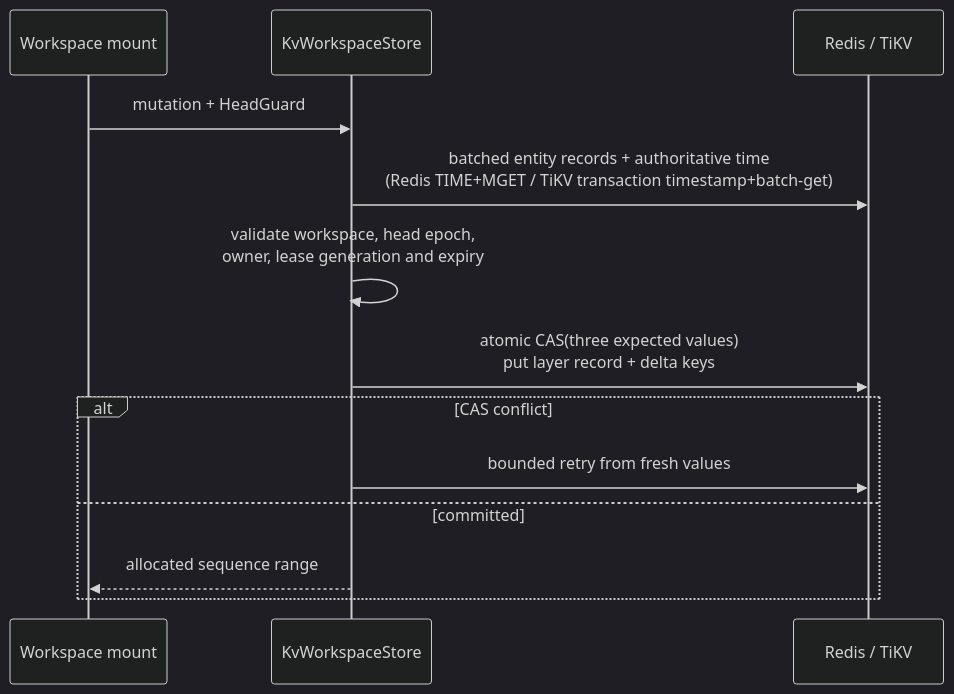
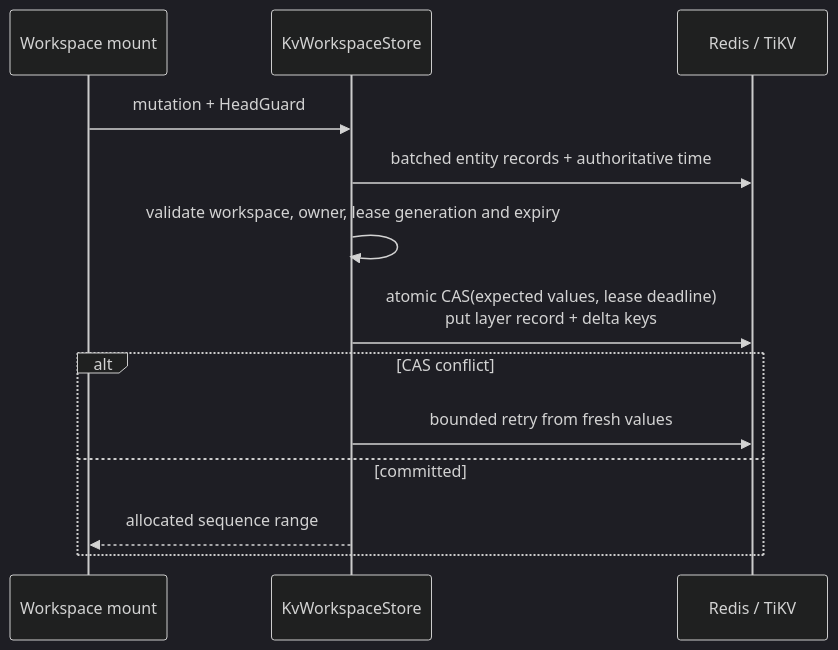
One commit to Ivanbeethoven/brewfs changed the third of 3 diagrams in doc/architecture/workspace-overlay.md. Above: the diagram before and after it, drawn with Mermaid (dark theme). The commit also changed other lines of this file and 4 other files, not shown here.

````diff
--- a/doc/architecture/workspace-overlay.md
+++ b/doc/architecture/workspace-overlay.md
@@ -111,16 +170,16 @@
 ```mermaid
 sequenceDiagram
     participant M as Workspace mount
     participant S as KvWorkspaceStore
     participant K as Redis / TiKV
 
     M->>S: mutation + HeadGuard
-    S->>K: batched entity records + authoritative time<br/>(Redis TIME+MGET / TiKV transaction timestamp+batch-get)
-    S->>S: validate workspace, head epoch,<br/>owner, lease generation and expiry
-    S->>K: atomic CAS(three expected values)<br/>put layer record + delta keys
+    S->>K: batched entity records + authoritative time
+    S->>S: validate workspace, owner, lease generation and expiry
+    S->>K: atomic CAS(expected values, lease deadline)<br/>put layer record + delta keys
     alt CAS conflict
         S->>K: bounded retry from fresh values
     else committed
         S-->>M: allocated sequence range
     end
 ```
````
